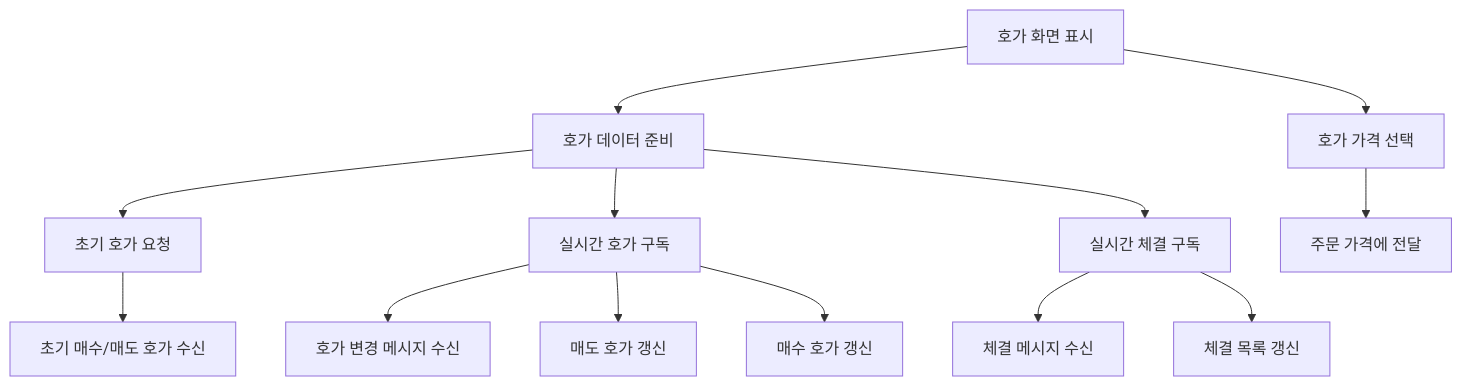
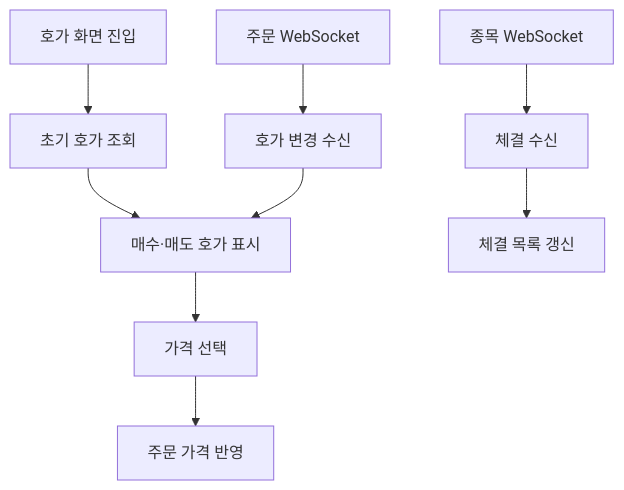
One commit to poi277/StockProject changed the diagram in StockFrontEnd/docs/06-orderbook-execution.md. Above: the diagram before and after it, drawn with Mermaid. The commit also changed other lines of this file and 49 other files, not shown here.

````diff
--- a/StockFrontEnd/docs/06-orderbook-execution.md
+++ b/StockFrontEnd/docs/06-orderbook-execution.md
@@ -97,15 +134,11 @@
 ```mermaid
 flowchart TD
-  HogaChart["호가 화면 표시"] --> Hook["호가 데이터 준비"]
-  Hook --> REST["초기 호가 요청"]
-  REST --> Endpoint["초기 매수/매도 호가 수신"]
-  Hook --> HogaSocket["실시간 호가 구독"]
-  HogaSocket --> HogaTopic["호가 변경 메시지 수신"]
-  HogaSocket --> Sell["매도 호가 갱신"]
-  HogaSocket --> Buy["매수 호가 갱신"]
-  Hook --> ExecutionSocket["실시간 체결 구독"]
-  ExecutionSocket --> ExecutionTopic["체결 메시지 수신"]
-  ExecutionSocket --> Executions["체결 목록 갱신"]
-  HogaChart --> Select["호가 가격 선택"]
-  Select --> OrderForm["주문 가격에 전달"]
+  View["호가 화면 진입"] --> REST["초기 호가 조회"]
+  REST --> Hoga["매수·매도 호가 표시"]
+  OrderWS["주문 WebSocket"] --> HogaTopic["호가 변경 수신"]
+  HogaTopic --> Hoga
+  StockWS["종목 WebSocket"] --> Execution["체결 수신"]
+  Execution --> Ticks["체결 목록 갱신"]
+  Hoga --> Select["가격 선택"]
+  Select --> Order["주문 가격 반영"]
 ```
````
